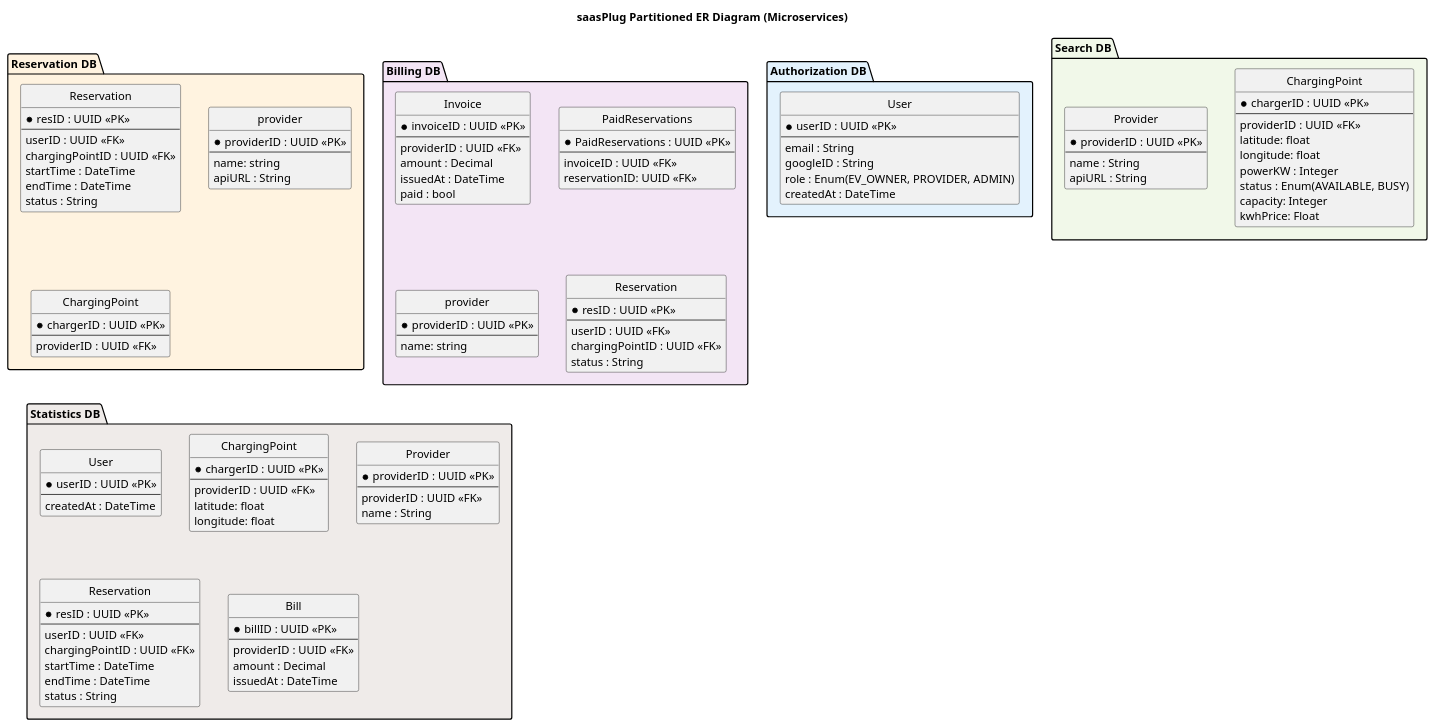
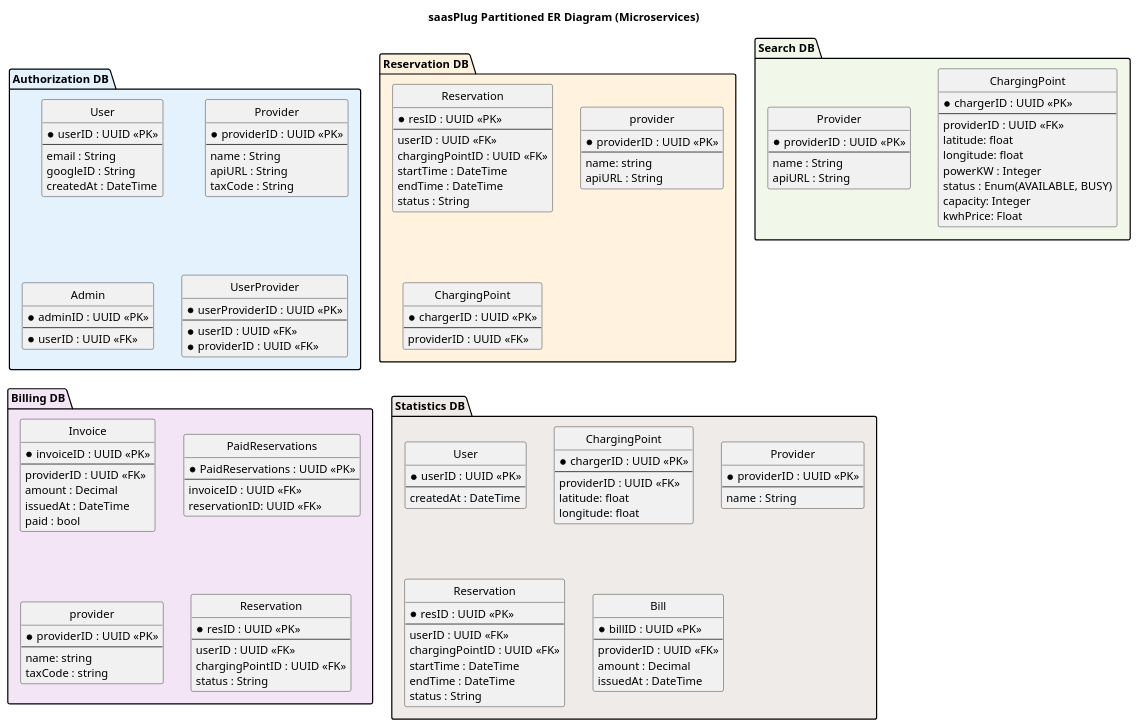
Before and after one commit to Angelosef/saas_plug_diagrams: the diagram in puml_diagrams/er.puml, drawn with PlantUML. The commit also changed 3 other files, not shown here.

```diff
--- a/puml_diagrams/er.puml
+++ b/puml_diagrams/er.puml
@@ -1,142 +1,164 @@
 @startuml er_diagram
 title saasPlug Partitioned ER Diagram (Microservices)
 
 ' Formatting
 hide circle
 skinparam Linetype ortho
 
 package "Authorization DB" #E3F2FD {
   entity "User" as user {
     * userID : UUID <<PK>>
     --
     email : String
     googleID : String
-    role : Enum(EV_OWNER, PROVIDER, ADMIN)
     createdAt : DateTime
   }
+
+  entity "Provider" as provider {
+    * providerID : UUID <<PK>>
+    --
+    name : String
+    apiURL : String
+    taxCode : String
+  }
+
+  entity "Admin" as admin {
+    * adminID : UUID <<PK>>
+    --
+    * userID : UUID <<FK>>
+  }
+
+  entity "UserProvider" as userProvider {
+    * userProviderID : UUID <<PK>>
+    --
+    * userID : UUID <<FK>>
+    * providerID : UUID <<FK>>
+  }
+
+
 }
 
 package "Search DB" #F1F8E9 {
   
   entity "ChargingPoint" as charger {
     * chargerID : UUID <<PK>>
     --
     providerID : UUID <<FK>>
     latitude: float
     longitude: float
     powerKW : Integer
     status : Enum(AVAILABLE, BUSY)
     capacity: Integer
     kwhPrice: Float
   }
 
   entity "Provider" as provider {
     * providerID : UUID <<PK>>
     --
     name : String
     apiURL : String
   }
 
 }
 
 package "Reservation DB" #FFF3E0 {
   entity "Reservation" as res {
     * resID : UUID <<PK>>
     --
     userID : UUID <<FK>>
     chargingPointID : UUID <<FK>>
     startTime : DateTime
     endTime : DateTime
     status : String
   }
 
   entity "provider" as provider {
     * providerID : UUID <<PK>>
     --
     name: string
     apiURL : String
   }
 
   entity "ChargingPoint" as charger {
     * chargerID : UUID <<PK>>
     --
     providerID : UUID <<FK>>
   }
 }
 
 package "Billing DB" #F3E5F5 {
   entity "Invoice" as invoice {
     * invoiceID : UUID <<PK>>
     --
     providerID : UUID <<FK>>
     amount : Decimal
     issuedAt : DateTime
     paid : bool
   }
 
   entity "PaidReservations" as paid {
     * PaidReservations : UUID <<PK>>
     --
     invoiceID : UUID <<FK>>
     reservationID: UUID <<FK>>
   }
 
   entity "provider" as provider {
     * providerID : UUID <<PK>>
     --
     name: string
+    taxCode : string
   }
 
   entity "Reservation" as res {
     * resID : UUID <<PK>>
     --
     userID : UUID <<FK>>
     chargingPointID : UUID <<FK>>
     status : String
   }
 
 }
 
 package "Statistics DB" #EFEBE9 {
     entity "User" as user {
     * userID : UUID <<PK>>
     --
     createdAt : DateTime
   }
 
   entity "ChargingPoint" as charger {
     * chargerID : UUID <<PK>>
     --
     providerID : UUID <<FK>>
     latitude: float
     longitude: float
   }
 
   entity "Provider" as provider {
     * providerID : UUID <<PK>>
     --
-    providerID : UUID <<FK>>
     name : String
   }
 
   entity "Reservation" as res {
     * resID : UUID <<PK>>
     --
     userID : UUID <<FK>>
     chargingPointID : UUID <<FK>>
     startTime : DateTime
     endTime : DateTime
     status : String
   }
 
   entity "Bill" as bill {
     * billID : UUID <<PK>>
     --
     providerID : UUID <<FK>>
     amount : Decimal
     issuedAt : DateTime
   }
     
 }
 
 @enduml
```
